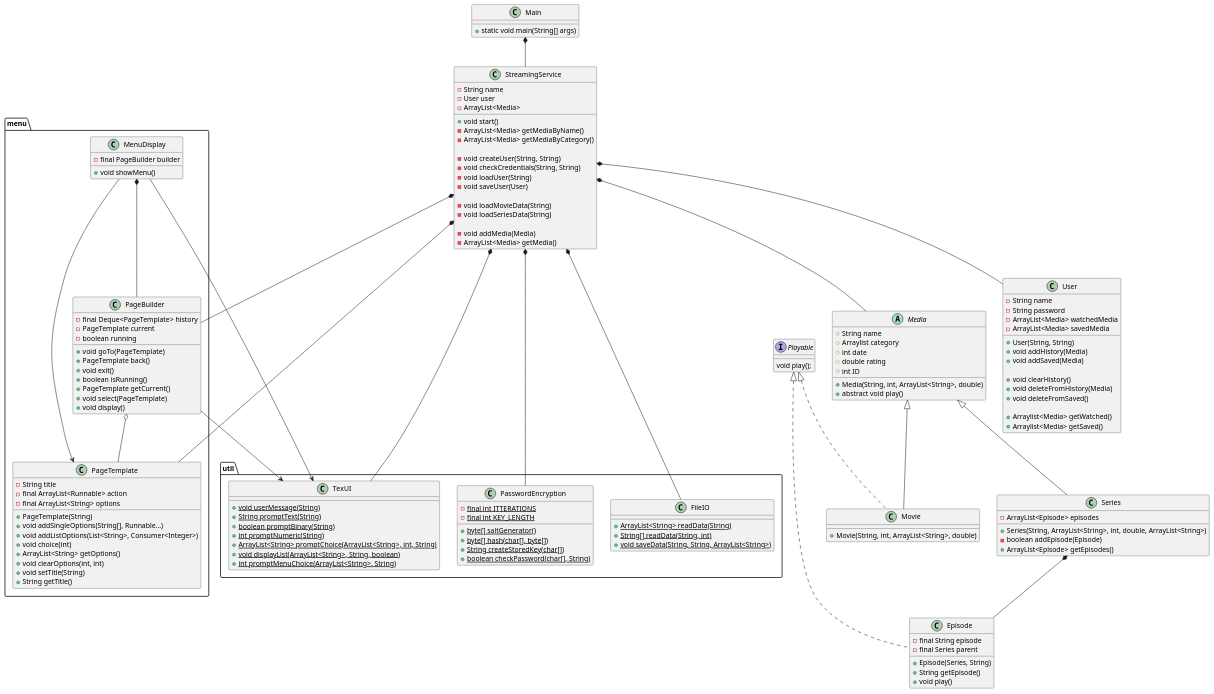
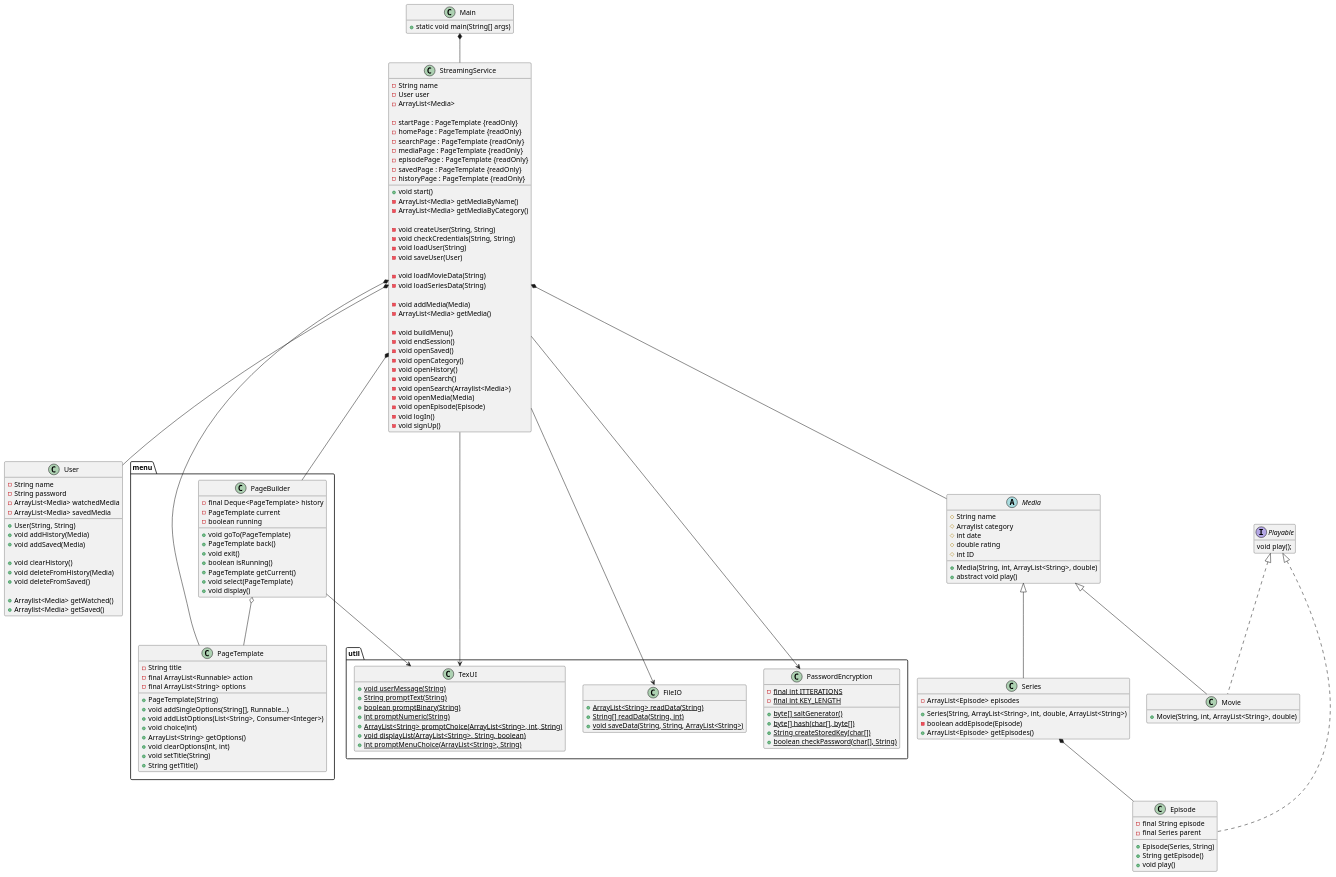
The diagram in doc/static/classDiagram.puml (Studiegruppe-B/SP3-Streamingtjeneste), drawn with PlantUML before and after one commit.

Commit message:
Added menu i StreamingService (class Diagram)

```diff
--- a/doc/static/classDiagram.puml
+++ b/doc/static/classDiagram.puml
@@ -1,165 +1,174 @@
 @startuml
+hide empty members
 class Main{
 + static void main(String[] args)
 
 }
 
 class StreamingService{
 - String name
 - User user
 - ArrayList<Media>
+
+- startPage : PageTemplate {readOnly}
+- homePage : PageTemplate {readOnly}
+- searchPage : PageTemplate {readOnly}
+- mediaPage : PageTemplate {readOnly}
+- episodePage : PageTemplate {readOnly}
+- savedPage : PageTemplate {readOnly}
+- historyPage : PageTemplate {readOnly}
+
 + void start()
 - ArrayList<Media> getMediaByName()
 - ArrayList<Media> getMediaByCategory()
 
 - void createUser(String, String)
 - void checkCredentials(String, String)
 - void loadUser(String)
 - void saveUser(User)
 
 - void loadMovieData(String)
 - void loadSeriesData(String)
 
 - void addMedia(Media)
 - ArrayList<Media> getMedia()
+
+- void buildMenu()
+- void endSession()
+- void openSaved()
+- void openCategory()
+- void openHistory()
+- void openSearch()
+- void openSearch(Arraylist<Media>)
+- void openMedia(Media)
+- void openEpisode(Episode)
+- void logIn()
+- void signUp()
 }
-
-
-
 
 abstract class Media{
 # String name
 # Arraylist category
 # int date
 # double rating
 # int ID
 + Media(String, int, ArrayList<String>, double)
 + abstract void play()
 
 }
 interface Playable {
 void play();
 }
 
 
 class Episode implements Playable {
 - final String episode
 - final Series parent
 + Episode(Series, String)
 + String getEpisode()
 + void play()
 }
 
 class Movie implements Playable{
 + Movie(String, int, ArrayList<String>, double)
 }
 
 class Series {
 - ArrayList<Episode> episodes
 + Series(String, ArrayList<String>, int, double, ArrayList<String>)
 - boolean addEpisode(Episode)
 + ArrayList<Episode> getEpisodes()
 }
 
 package "menu"{
 class PageBuilder{
 - final Deque<PageTemplate> history
 - PageTemplate current
 - boolean running
 + void goTo(PageTemplate)
 + PageTemplate back()
 + void exit()
 + boolean isRunning()
 + PageTemplate getCurrent()
 + void select(PageTemplate)
 + void display()
 }
 
 class PageTemplate{
 - String title
 - final ArrayList<Runnable> action
 - final ArrayList<String> options
 + PageTemplate(String)
 + void addSingleOptions(String[], Runnable...)
 + void addListOptions(List<String>, Consumer<Integer>)
 + void choice(int)
 + ArrayList<String> getOptions()
 + void clearOptions(int, int)
 + void setTitle(String)
 + String getTitle()
 }
-
-class MenuDisplay{
-- final PageBuilder builder
-+ void showMenu()
-}
 }
 
 
 class User{
 - String name
 - String password
 - ArrayList<Media> watchedMedia
 - ArrayList<Media> savedMedia
 + User(String, String)
 + void addHistory(Media)
 + void addSaved(Media)
 
 + void clearHistory()
 + void deleteFromHistory(Media)
 + void deleteFromSaved()
 
 + Arraylist<Media> getWatched()
 + Arraylist<Media> getSaved()
 }
 
 package "util"{
 class FileIO{
 + {static} ArrayList<String> readData(String)
 + {static} String[] readData(String, int)
 + {static} void saveData(String, String, ArrayList<String>)
 }
 
 class TexUI{
 + {static} void userMessage(String)
 + {static} String promptText(String)
 + {static} boolean promptBinary(String)
 + {static} int promptNumeric(String)
 + {static} ArrayList<String> promptChoice(ArrayList<String>, int, String)
 + {static} void displayList(ArrayList<String>, String, boolean)
 + {static} int promptMenuChoice(ArrayList<String>, String)
 
 }
 
 class PasswordEncryption{
 - {static} final int ITTERATIONS
 - {static} final int KEY_LENGTH
 + {static} byte[] saltGenerator()
 + {static} byte[] hash(char[], byte[])
 + {static} String createStoredKey(char[])
 + {static} boolean checkPassword(char[], String)
 }
-
-
-
-
 }
 
 Main *-- StreamingService
 StreamingService *-- Media
-StreamingService *-- FileIO
-StreamingService *-- TexUI
+StreamingService --> FileIO
+StreamingService --> TexUI
+StreamingService --> PasswordEncryption
 StreamingService *-- User
 StreamingService *-- PageBuilder
 StreamingService *-- PageTemplate
 PageBuilder o-- PageTemplate
 PageBuilder --> TexUI
 Media <|-- Movie
 Media <|-- Series
 Series *-- Episode
-StreamingService *-- PasswordEncryption
-MenuDisplay *-- PageBuilder
-MenuDisplay --> PageTemplate
-MenuDisplay --> TexUI
+
+
 
 @enduml
```
